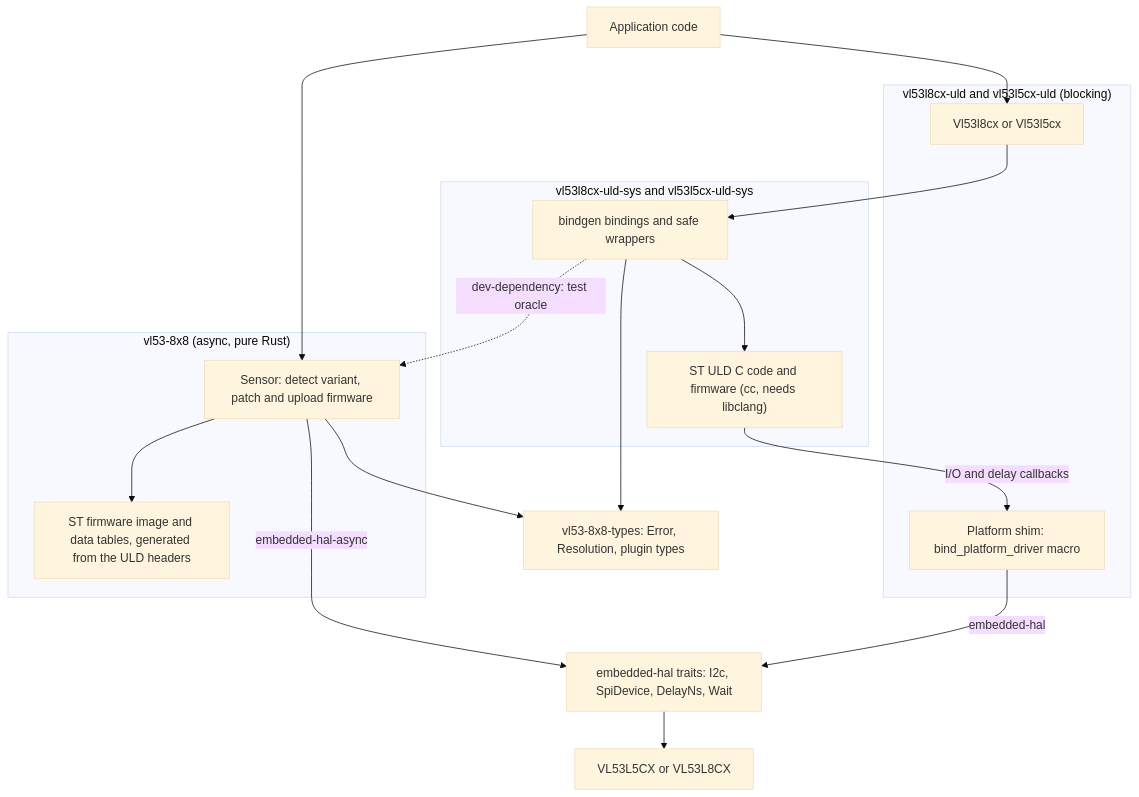
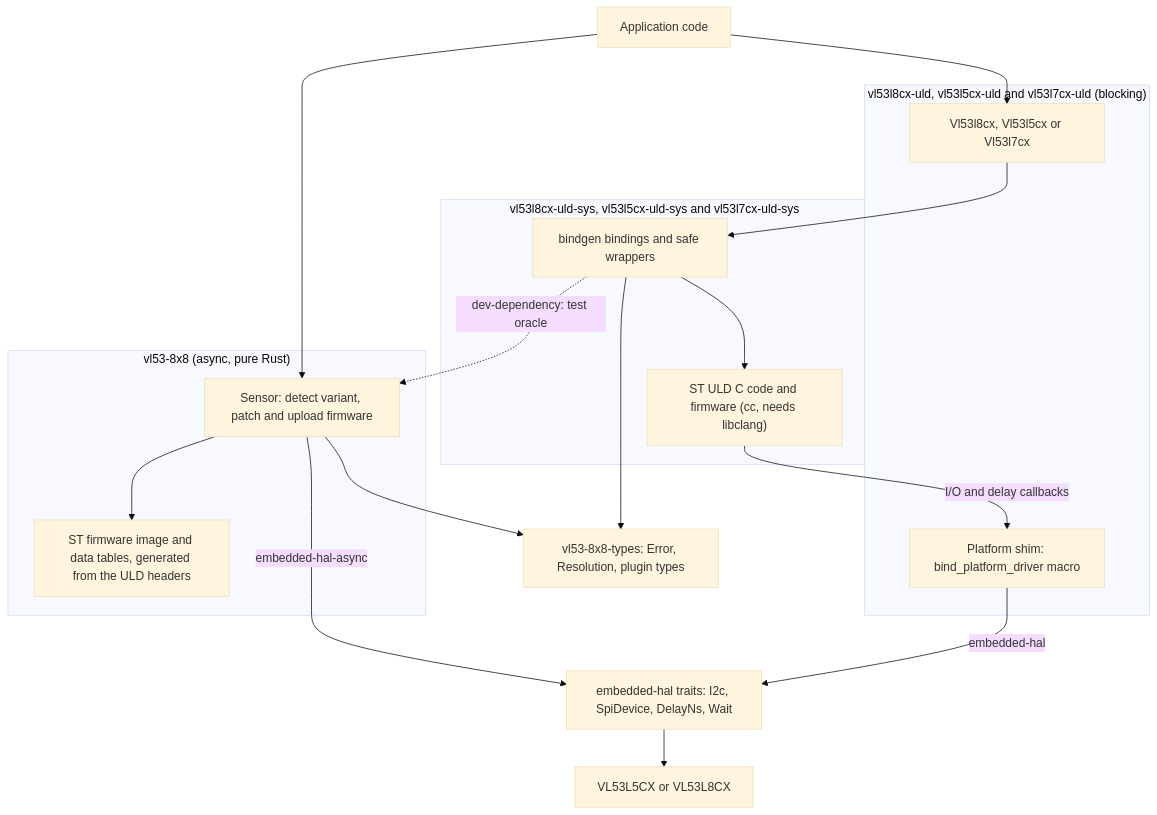
The diagram in README.md (petegibson/vl53-8x8-rs), drawn with Mermaid (base theme) before and after one commit. The commit also changed other lines of this file and 33 other files, not shown here.

First line of the commit message:
vl53l7cx-uld-sys 0.1.0 + vl53l7cx-uld 0.3.0: ST's VL53L7CX ULD (STSW-IMG036 2.0.1) behind the shared wrapper API

````diff
--- a/README.md
+++ b/README.md
@@ -230,36 +234,36 @@
 ```mermaid
 flowchart TD
     UserApp["Application code"]
 
     subgraph async8x8["vl53-8x8 (async, pure Rust)"]
         AsyncApi["Sensor: detect variant, patch and upload firmware"]
         Tables["ST firmware image and data tables, generated from the ULD headers"]
     end
 
-    subgraph uld["vl53l8cx-uld and vl53l5cx-uld (blocking)"]
-        BlockingApi["Vl53l8cx or Vl53l5cx"]
+    subgraph uld["vl53l8cx-uld, vl53l5cx-uld and vl53l7cx-uld (blocking)"]
+        BlockingApi["Vl53l8cx, Vl53l5cx or Vl53l7cx"]
         PlatformShim["Platform shim: bind_platform_driver macro"]
     end
 
-    subgraph uldsys["vl53l8cx-uld-sys and vl53l5cx-uld-sys"]
+    subgraph uldsys["vl53l8cx-uld-sys, vl53l5cx-uld-sys and vl53l7cx-uld-sys"]
         Bindings["bindgen bindings and safe wrappers"]
         ULD["ST ULD C code and firmware (cc, needs libclang)"]
     end
 
     Types["vl53-8x8-types: Error, Resolution, plugin types"]
     HAL["embedded-hal traits: I2c, SpiDevice, DelayNs, Wait"]
     Hardware["VL53L5CX or VL53L8CX"]
 
     UserApp --> AsyncApi
     UserApp --> BlockingApi
     AsyncApi --> Tables
     AsyncApi --> Types
     BlockingApi --> Bindings
     Bindings --> ULD
     ULD -->|I/O and delay callbacks| PlatformShim
     Bindings --> Types
     AsyncApi -->|embedded-hal-async| HAL
     PlatformShim -->|embedded-hal| HAL
     HAL --> Hardware
     Bindings -.->|dev-dependency: test oracle| AsyncApi
 ```
````
